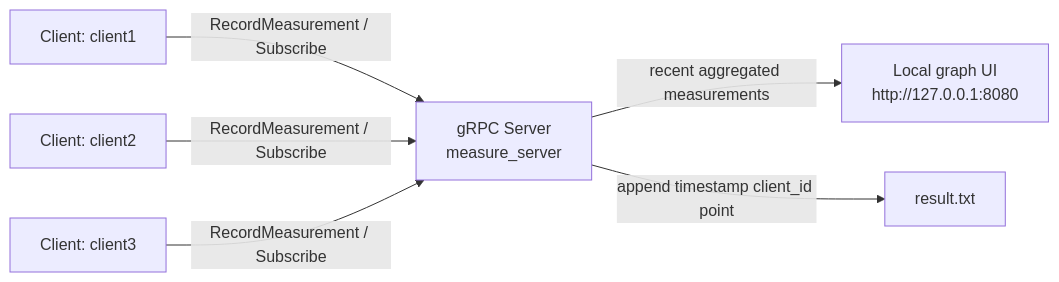
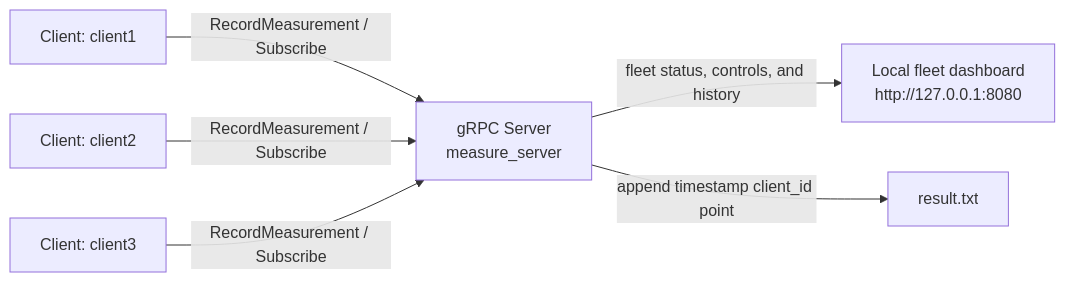
One commit to mlotti/Measure changed the diagram in README.md. Above: the diagram before and after it, drawn with Mermaid. The commit also changed other lines of this file and 4 other files, not shown here.

Commit message:
Add local fleet operations dashboard

````diff
--- a/README.md
+++ b/README.md
@@ -18,15 +19,15 @@
 ```mermaid
 flowchart LR
   C1[Client: client1]
   C2[Client: client2]
   C3[Client: client3]
   S[gRPC Server<br/>measure_server]
-  G[Local graph UI<br/>http://127.0.0.1:8080]
+  G[Local fleet dashboard<br/>http://127.0.0.1:8080]
   F[result.txt]
 
   C1 -->|RecordMeasurement / Subscribe| S
   C2 -->|RecordMeasurement / Subscribe| S
   C3 -->|RecordMeasurement / Subscribe| S
-  S -->|recent aggregated measurements| G
+  S -->|fleet status, controls, and history| G
   S -->|append timestamp client_id point| F
 ```
````
